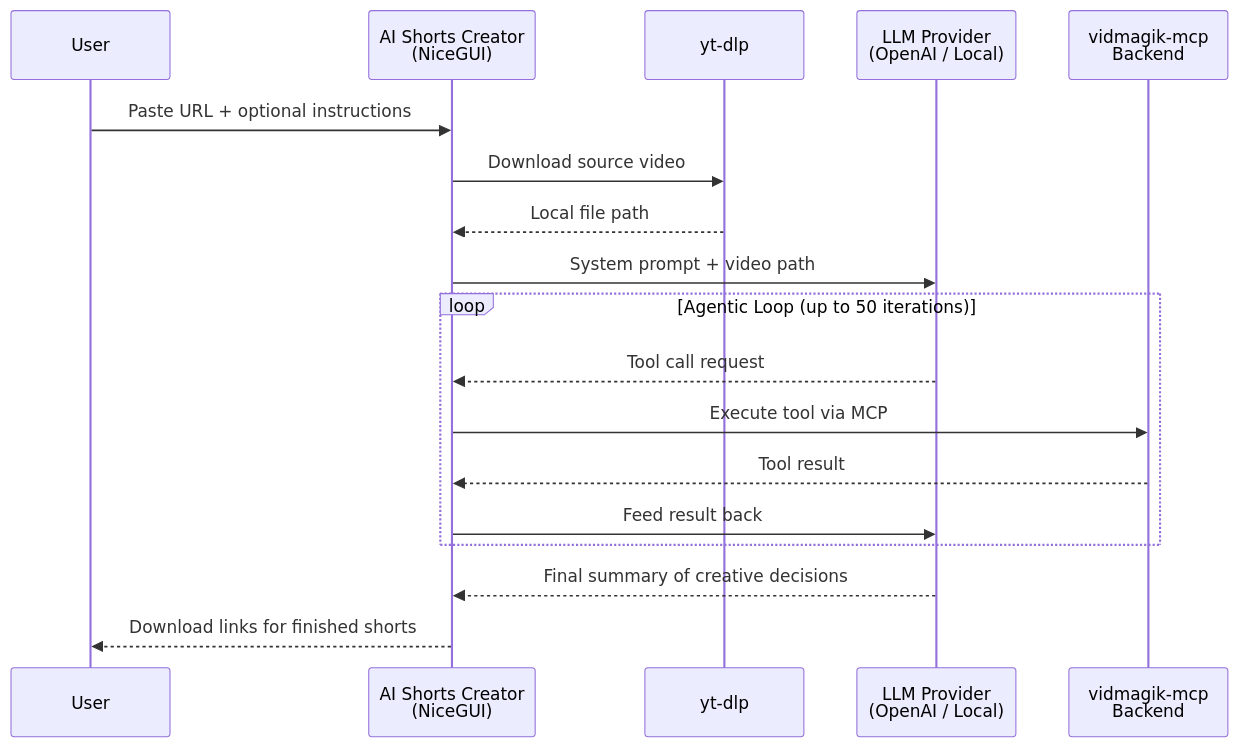
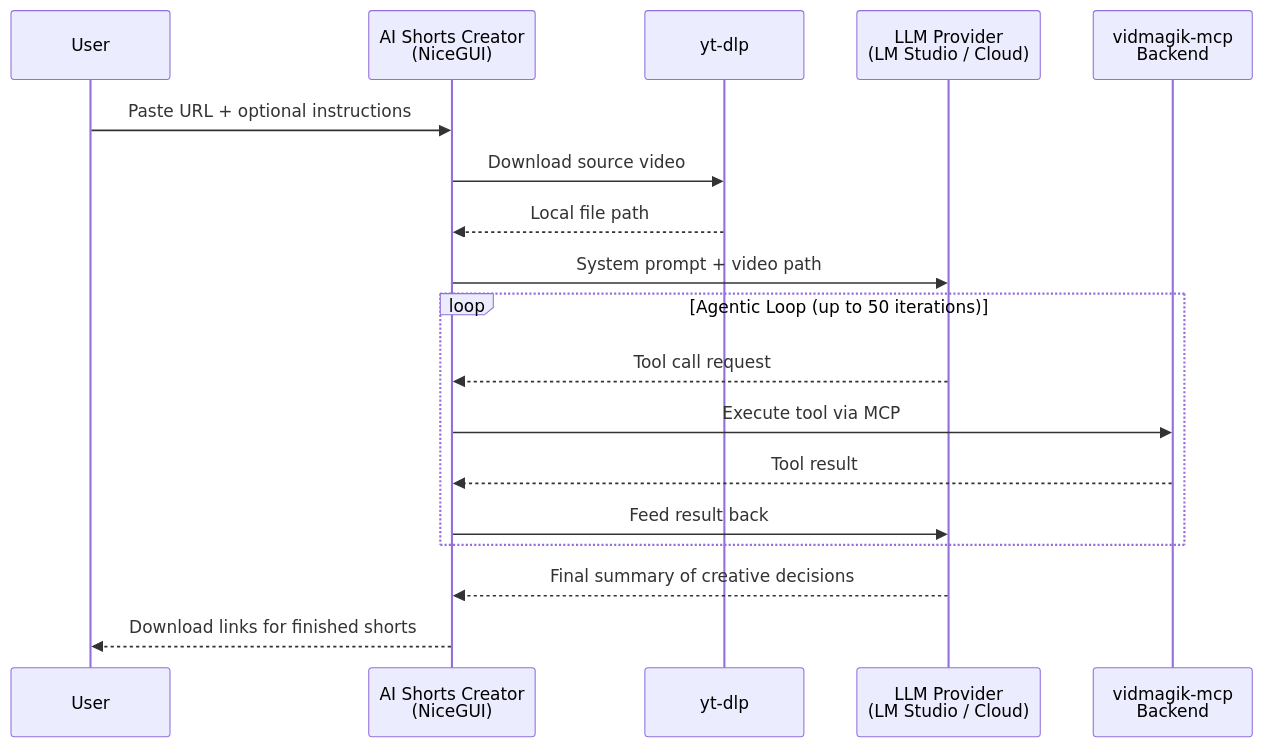
One commit to vizionik25/vidmagikAgent changed the diagram in README.md. Above: the diagram before and after it, drawn with Mermaid. The commit also changed other lines of this file and 9 other files, not shown here.

````diff
--- a/README.md
+++ b/README.md
@@ -87,22 +105,22 @@
 ```mermaid
 sequenceDiagram
     participant User
     participant WebUI as AI Shorts Creator<br/>(NiceGUI)
     participant YTD as yt-dlp
-    participant LLM as LLM Provider<br/>(OpenAI / Local)
+    participant LLM as LLM Provider<br/>(LM Studio / Cloud)
     participant MCP as vidmagik-mcp<br/>Backend
 
     User->>WebUI: Paste URL + optional instructions
     WebUI->>YTD: Download source video
     YTD-->>WebUI: Local file path
 
     WebUI->>LLM: System prompt + video path
     loop Agentic Loop (up to 50 iterations)
         LLM-->>WebUI: Tool call request
         WebUI->>MCP: Execute tool via MCP
         MCP-->>WebUI: Tool result
         WebUI->>LLM: Feed result back
     end
     LLM-->>WebUI: Final summary of creative decisions
     WebUI-->>User: Download links for finished shorts
 ```
````
